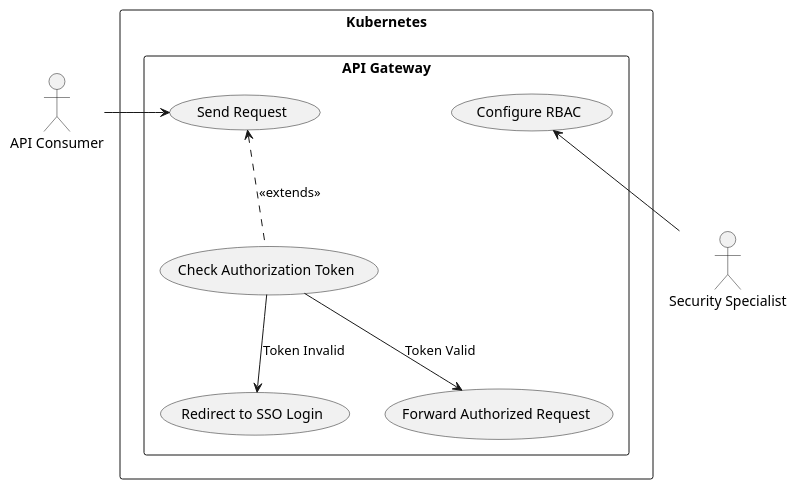
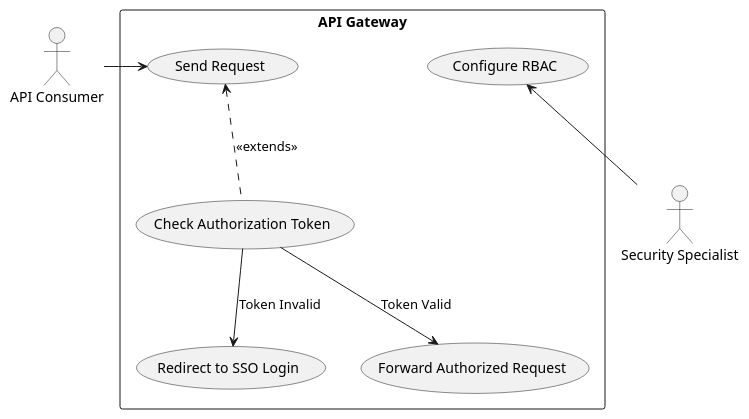
One commit to fanglores/Advanced-Software-Design changed the diagram in General/UseCases/puml/4_uc_auth.puml. Above: the diagram before and after it, drawn with PlantUML. The commit also changed 10 other files, not shown here.

```diff
--- a/General/UseCases/puml/4_uc_auth.puml
+++ b/General/UseCases/puml/4_uc_auth.puml
@@ -1,22 +1,20 @@
 @startuml
 
 actor "API Consumer" as consumer
 actor "Security Specialist" as security
 
-rectangle "Kubernetes" as K8s {
-  rectangle "API Gateway" as System {
-    usecase "Send Request" as uc0
-    usecase "Check Authorization Token" as uc1
-    usecase "Redirect to SSO Login" as uc2
-    usecase "Forward Authorized Request" as uc3
-    usecase "Configure RBAC" as uc4
-  }
+rectangle "API Gateway" as System {
+  usecase "Send Request" as uc0
+  usecase "Check Authorization Token" as uc1
+  usecase "Redirect to SSO Login" as uc2
+  usecase "Forward Authorized Request" as uc3
+  usecase "Configure RBAC" as uc4
 }
 
 uc0 <-L- consumer
 uc0 <.. uc1 : <<extends>>
 uc1 --> uc2 : Token Invalid
 uc1 --> uc3 : Token Valid
 uc4 <-- security
 
 @enduml
```
